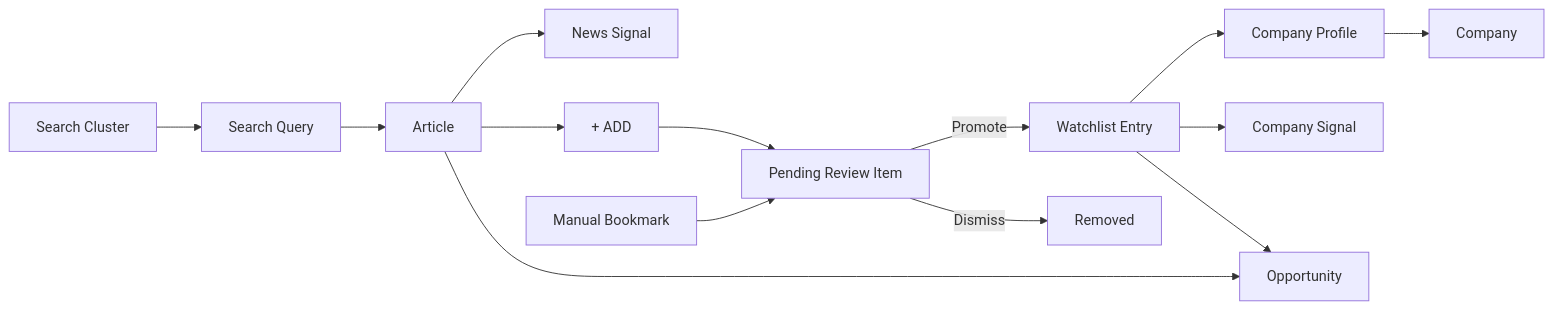
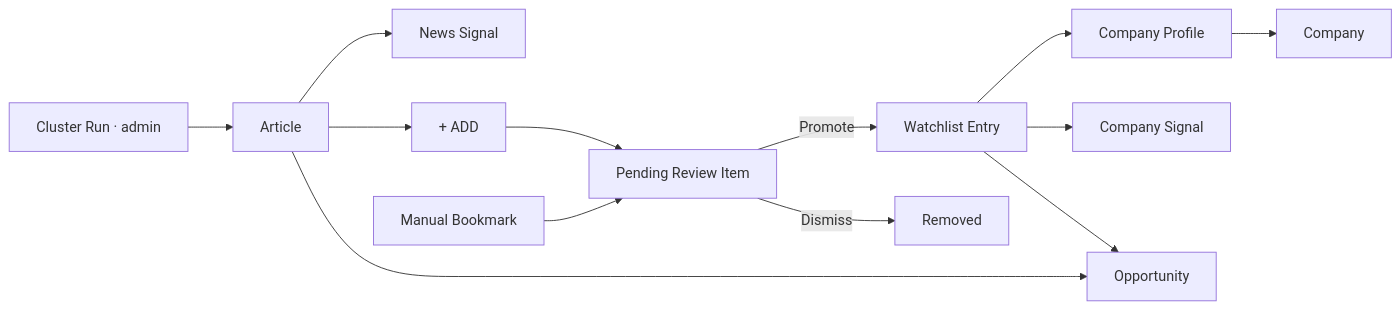
Before and after one commit to Growth-Maschine/NORAD-INTEL-ENGINE-V1: the diagram in docs/phase-1/P1-02-user.md, drawn with Mermaid. The commit also changed other lines of this file and 9 other files, not shown here.

````diff
--- a/docs/phase-1/P1-02-user.md
+++ b/docs/phase-1/P1-02-user.md
@@ -326,16 +270,15 @@
 ```mermaid
 flowchart LR
-    SC[Search Cluster] --> SQ[Search Query]
-    SQ --> ART[Article]
+    RUN[Cluster Run · admin] --> ART[Article]
     ART --> NS[News Signal]
     ART --> ADD[+ ADD]
     ADD --> PR[Pending Review Item]
     MB[Manual Bookmark] --> PR
     PR -->|Promote| WL[Watchlist Entry]
     PR -->|Dismiss| X[Removed]
     WL --> CP[Company Profile]
     WL --> CS[Company Signal]
     ART --> OPP[Opportunity]
     WL --> OPP
     CP --> CO[Company]
 ```
````
